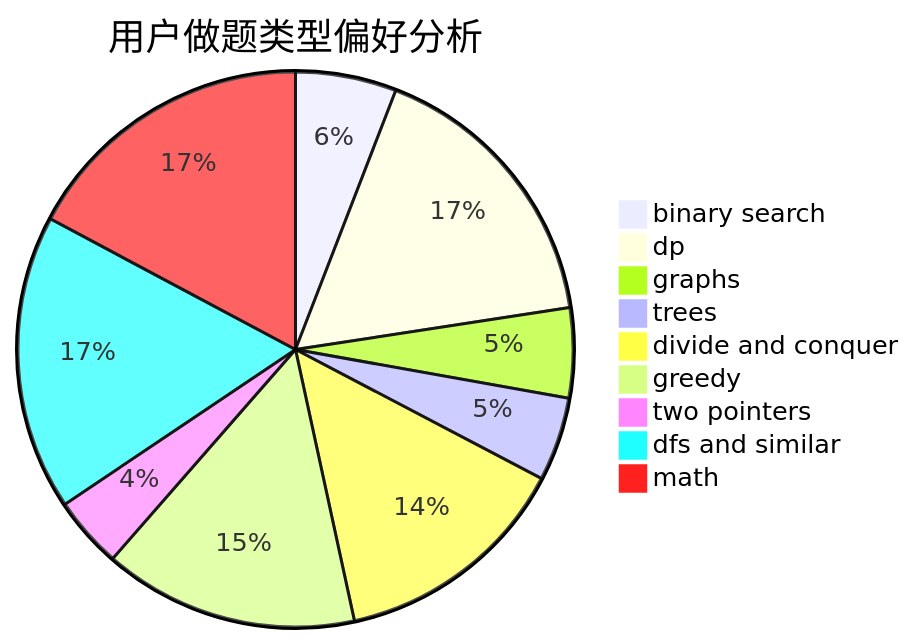
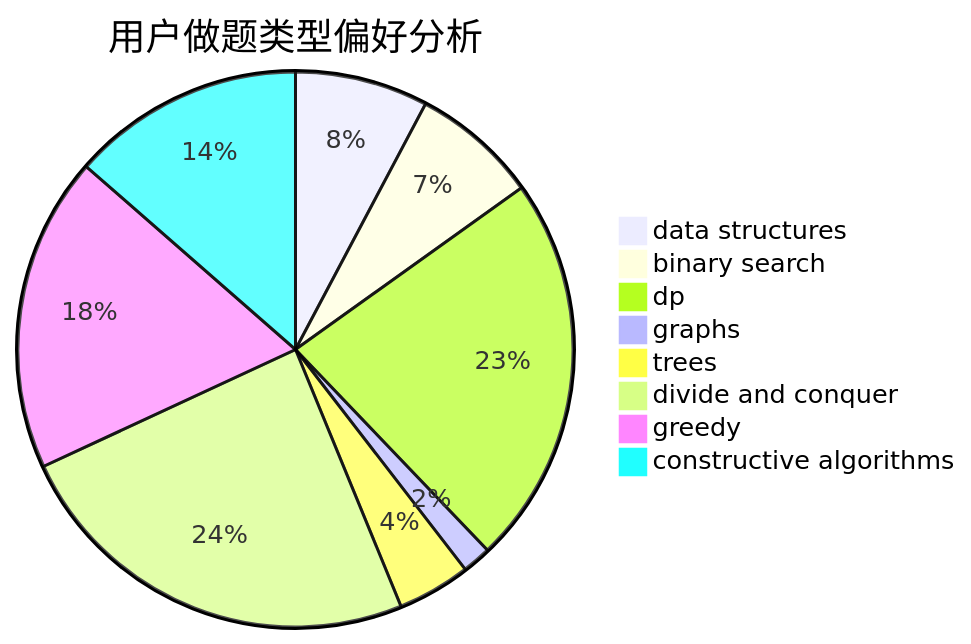
One commit to sherpahu/cfrs.github.io changed the second of 3 diagrams in docs/user/u1071.md. Above: the diagram before and after it, drawn with Mermaid. The commit also changed other lines of this file and 2775 other files, not shown here.

````diff
--- a/docs/user/u1071.md
+++ b/docs/user/u1071.md
@@ -23,12 +23,11 @@
 ```mermaid
 pie title 用户做题类型偏好分析
-    "binary search" :  82
-    "dp" :  233
-    "graphs" :  73
-    "trees" :  68
-    "divide and conquer" :  194
-    "greedy" :  207
-    "two pointers" :  58
-    "dfs and similar" :  240
-    "math" :  240
+    "data structures" :  60
+    "binary search" :  57
+    "dp" :  176
+    "graphs" :  13
+    "trees" :  33
+    "divide and conquer" :  188
+    "greedy" :  142
+    "constructive algorithms" :  105
 ```
````
